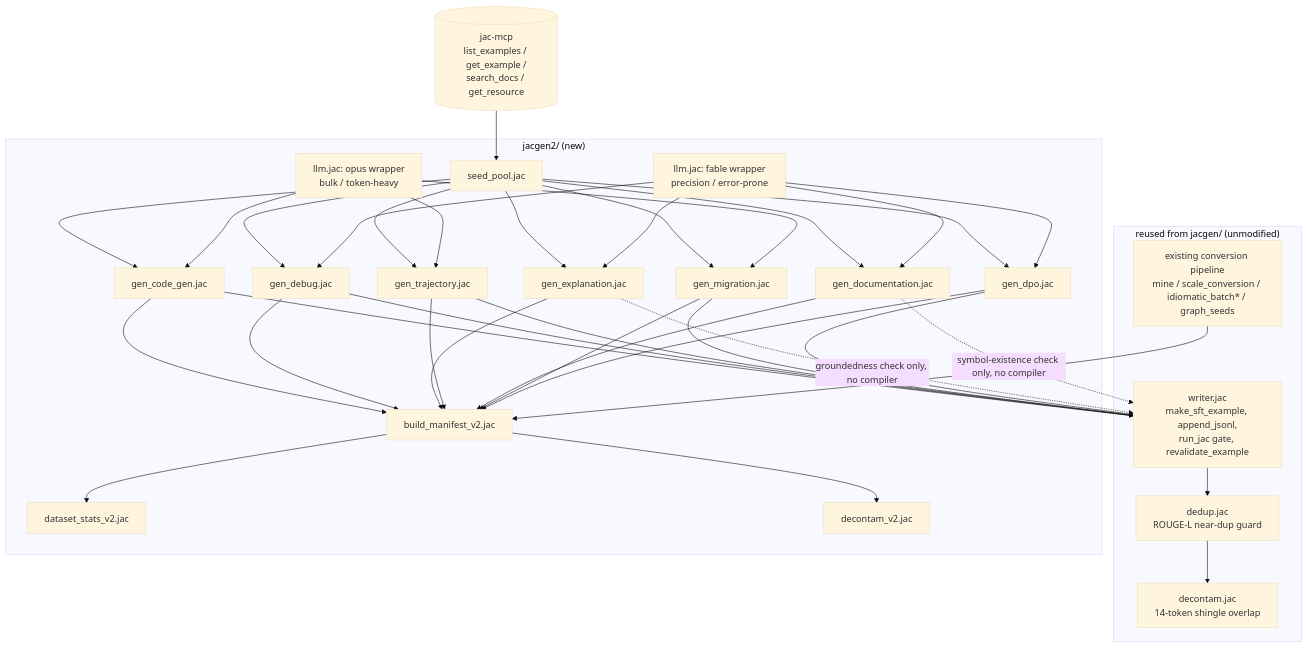
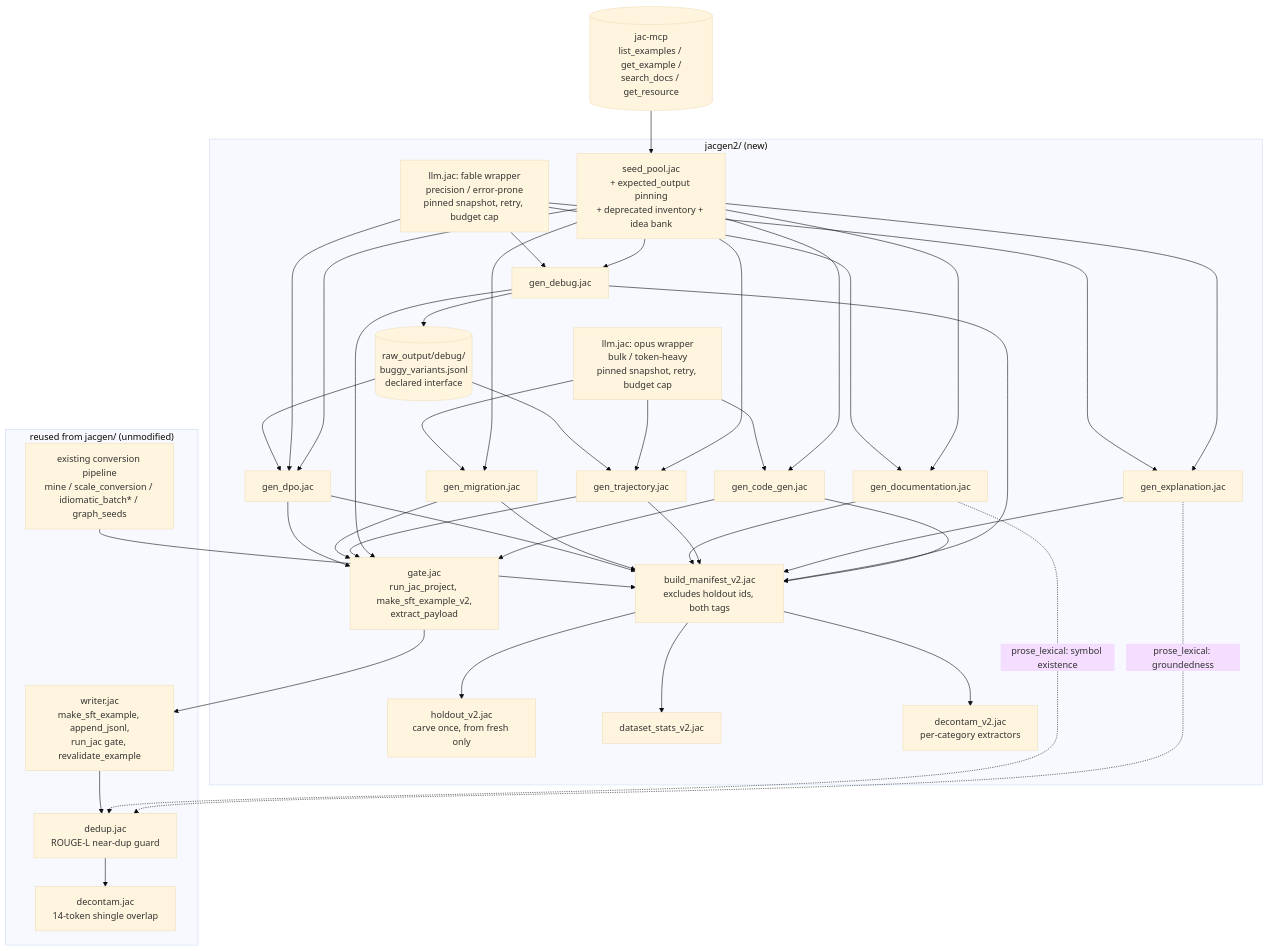
Before and after one commit to jaseci-labs/Jac_Model_Experiments: the first of 3 diagrams in 04-cpt-sft/docs/datagen/workflow.md, drawn with Mermaid (base theme). The commit also changed other lines of this file and 3 other files, not shown here.

````diff
--- a/04-cpt-sft/docs/datagen/workflow.md
+++ b/04-cpt-sft/docs/datagen/workflow.md
@@ -9,66 +9,75 @@
 ```mermaid
 flowchart TD
     subgraph reused["reused from jacgen/ (unmodified)"]
         writer[writer.jac<br/>make_sft_example, append_jsonl,<br/>run_jac gate, revalidate_example]
         dedup[dedup.jac<br/>ROUGE-L near-dup guard]
         decontam[decontam.jac<br/>14-token shingle overlap]
         convpipe[existing conversion pipeline<br/>mine / scale_conversion / idiomatic_batch* / graph_seeds]
     end
 
     subgraph new["jacgen2/ (new)"]
-        seedpool[seed_pool.jac]
-        llmopus[llm.jac: opus wrapper<br/>bulk / token-heavy]
-        llmfable[llm.jac: fable wrapper<br/>precision / error-prone]
+        seedpool[seed_pool.jac<br/>+ expected_output pinning<br/>+ deprecated inventory + idea bank]
+        llmopus[llm.jac: opus wrapper<br/>bulk / token-heavy<br/>pinned snapshot, retry, budget cap]
+        llmfable[llm.jac: fable wrapper<br/>precision / error-prone<br/>pinned snapshot, retry, budget cap]
+        gatejac[gate.jac<br/>run_jac_project, make_sft_example_v2,<br/>extract_payload]
         gencg[gen_code_gen.jac]
         gendbg[gen_debug.jac]
+        buggy[(raw_output/debug/<br/>buggy_variants.jsonl<br/>declared interface)]
         genexp[gen_explanation.jac]
         gentraj[gen_trajectory.jac]
         gendoc[gen_documentation.jac]
         genmig[gen_migration.jac]
         gendpo[gen_dpo.jac]
-        manifest[build_manifest_v2.jac]
+        holdv2[holdout_v2.jac<br/>carve once, from fresh only]
+        manifest[build_manifest_v2.jac<br/>excludes holdout ids, both tags]
         stats[dataset_stats_v2.jac]
-        decontamv2[decontam_v2.jac]
+        decontamv2[decontam_v2.jac<br/>per-category extractors]
     end
 
     mcp[(jac-mcp<br/>list_examples / get_example /<br/>search_docs / get_resource)]
 
     mcp --> seedpool
     seedpool --> gencg
     seedpool --> gendbg
     seedpool --> genexp
     seedpool --> gentraj
     seedpool --> gendoc
     seedpool --> genmig
     seedpool --> gendpo
 
     llmopus --> gencg
     llmopus --> gentraj
     llmopus --> genmig
     llmfable --> gendbg
     llmfable --> genexp
     llmfable --> gendoc
     llmfable --> gendpo
 
-    gencg --> writer
-    gendbg --> writer
-    gentraj --> writer
-    genmig --> writer
-    gendpo --> writer
-    genexp -.groundedness check only, no compiler.-> writer
-    gendoc -.symbol-existence check only, no compiler.-> writer
+    gendbg --> buggy
+    buggy --> gendpo
+    buggy --> gentraj
+
+    gencg --> gatejac
+    gendbg --> gatejac
+    gentraj --> gatejac
+    genmig --> gatejac
+    gendpo --> gatejac
+    gatejac --> writer
+    genexp -.prose_lexical: groundedness.-> dedup
+    gendoc -.prose_lexical: symbol existence.-> dedup
 
     writer --> dedup --> decontam
 
     gencg --> manifest
     gendbg --> manifest
     genexp --> manifest
     gentraj --> manifest
     gendoc --> manifest
     genmig --> manifest
     convpipe --> manifest
     gendpo --> manifest
 
+    manifest --> holdv2
     manifest --> stats
     manifest --> decontamv2
 ```
````
